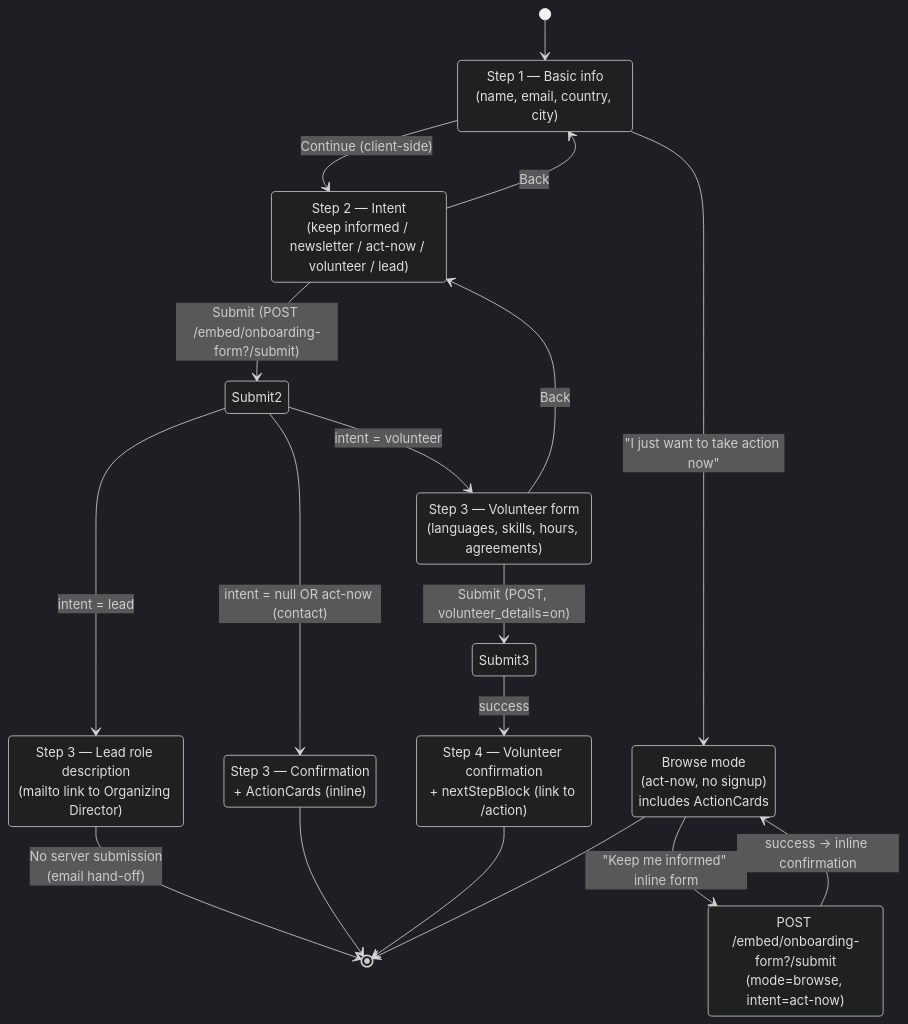
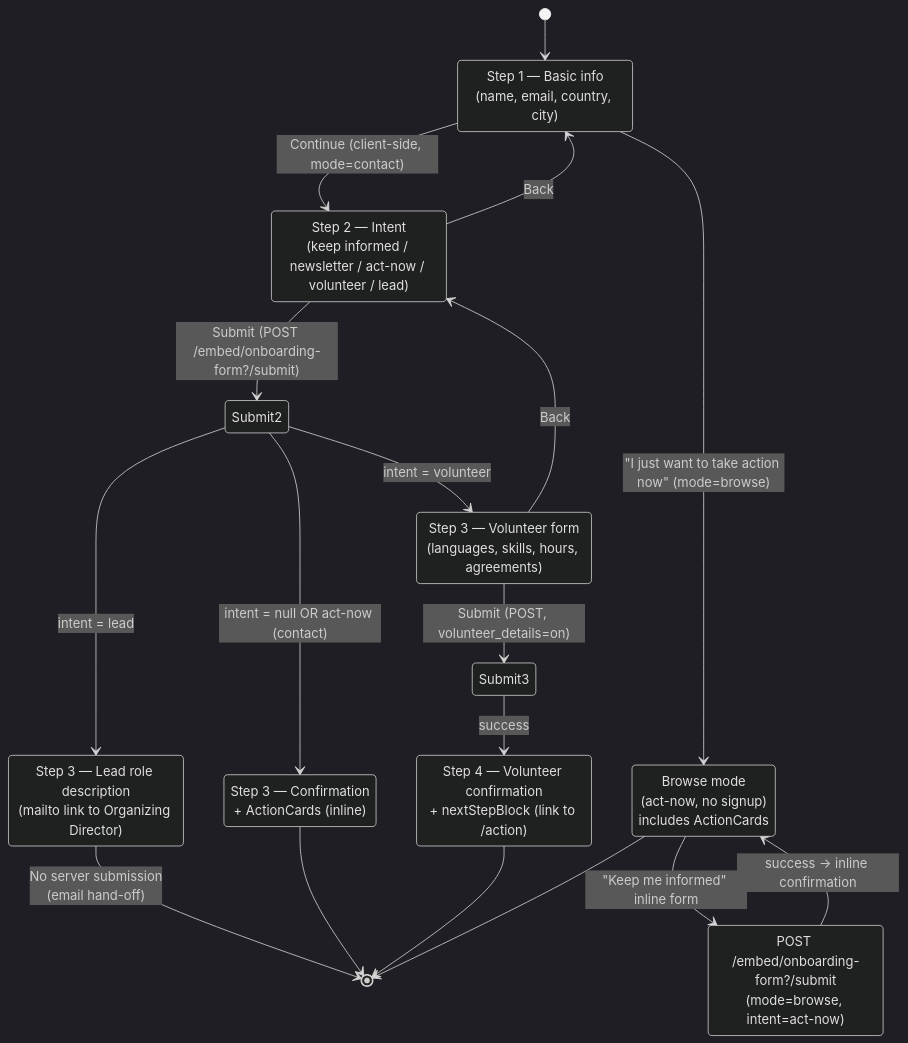
The diagram in docs/join-form-flow.md (PauseAI/pauseai-website), drawn with Mermaid (dark theme) before and after one commit.

Commit message:
Add modes to onboarding flowchart

````diff
--- a/docs/join-form-flow.md
+++ b/docs/join-form-flow.md
@@ -25,33 +25,33 @@
 ```mermaid
 stateDiagram-v2
     [*] --> Step1
     Step1: Step 1 — Basic info<br/>(name, email, country, city)
-    Step1 --> Step2: Continue (client-side)
-    Step1 --> Browse: "I just want to take action now"
+    Step1 --> Step2: Continue (client-side, mode=contact)
+    Step1 --> Browse: "I just want to take action now" (mode=browse)
     Browse: Browse mode<br/>(act-now, no signup)<br/>includes ActionCards
 
     Step2: Step 2 — Intent<br/>(keep informed / newsletter / act-now / volunteer / lead)
     Step2 --> Step1: Back
     Step2 --> Submit2: Submit (POST /embed/onboarding-form?/submit)
     Submit2 --> Step3Confirm: intent = null OR act-now (contact)
     Submit2 --> Step3Volunteer: intent = volunteer
     Submit2 --> Step3Lead: intent = lead
 
     Browse --> BrowseSignup: "Keep me informed" inline form
     BrowseSignup: POST /embed/onboarding-form?/submit<br/>(mode=browse, intent=act-now)
     BrowseSignup --> Browse: success → inline confirmation
 
     Step3Volunteer: Step 3 — Volunteer form<br/>(languages, skills, hours, agreements)
     Step3Volunteer --> Step2: Back
     Step3Volunteer --> Submit3: Submit (POST, volunteer_details=on)
     Submit3 --> Step4: success
 
     Step3Lead: Step 3 — Lead role description<br/>(mailto link to Organizing Director)
     Step3Lead --> [*]: No server submission<br/>(email hand-off)
 
     Step3Confirm: Step 3 — Confirmation<br/>+ ActionCards (inline)
     Step4: Step 4 — Volunteer confirmation<br/>+ nextStepBlock (link to /action)
     Step3Confirm --> [*]
     Step4 --> [*]
     Browse --> [*]
 ```
````
